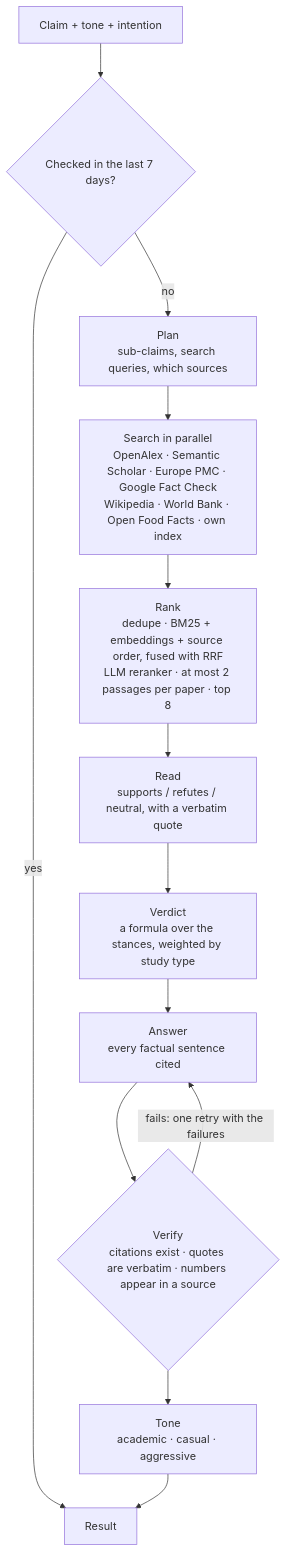
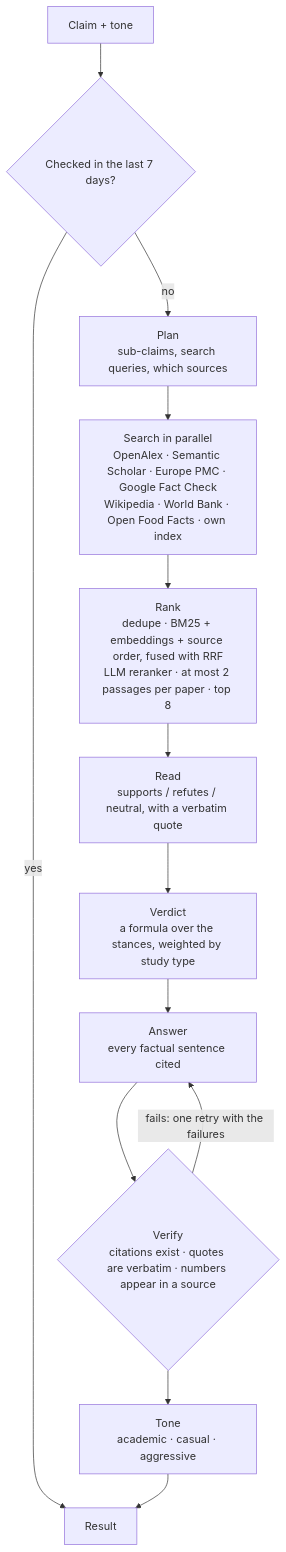
One commit to 73bruno/factslap changed the diagram in README.md. Above: the diagram before and after it, drawn with Mermaid. The commit also changed other lines of this file and 16 other files, not shown here.

````diff
--- a/README.md
+++ b/README.md
@@ -11,15 +11,15 @@
 ```mermaid
 flowchart TD
-    A[Claim + tone + intention] --> B{Checked in the last 7 days?}
+    A[Claim + tone] --> B{Checked in the last 7 days?}
     B -- yes --> Z[Result]
     B -- no --> C[Plan<br/>sub-claims, search queries, which sources]
     C --> D[Search in parallel<br/>OpenAlex · Semantic Scholar · Europe PMC · Google Fact Check<br/>Wikipedia · World Bank · Open Food Facts · own index]
     D --> E[Rank<br/>dedupe · BM25 + embeddings + source order, fused with RRF<br/>LLM reranker · at most 2 passages per paper · top 8]
     E --> F[Read<br/>supports / refutes / neutral, with a verbatim quote]
     F --> G[Verdict<br/>a formula over the stances, weighted by study type]
     G --> H[Answer<br/>every factual sentence cited]
     H --> I{Verify<br/>citations exist · quotes are verbatim · numbers appear in a source}
     I -- fails: one retry with the failures --> H
     I --> J[Tone<br/>academic · casual · aggressive]
     J --> Z
 ```
````
